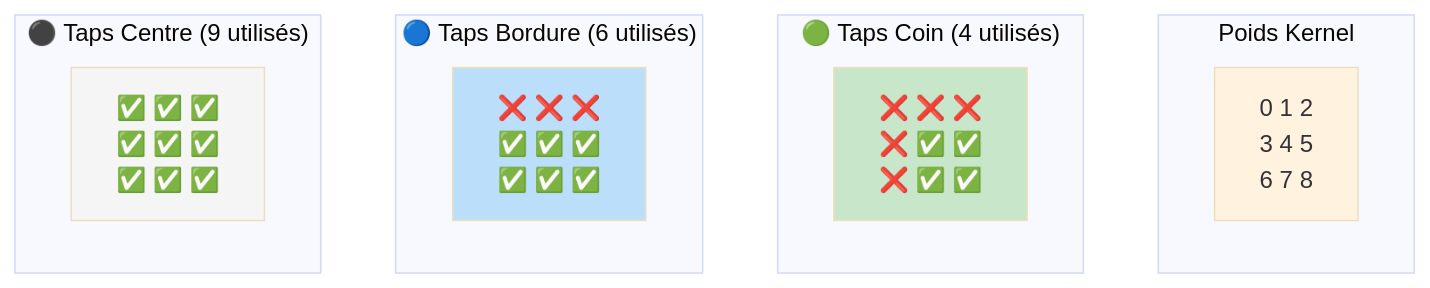
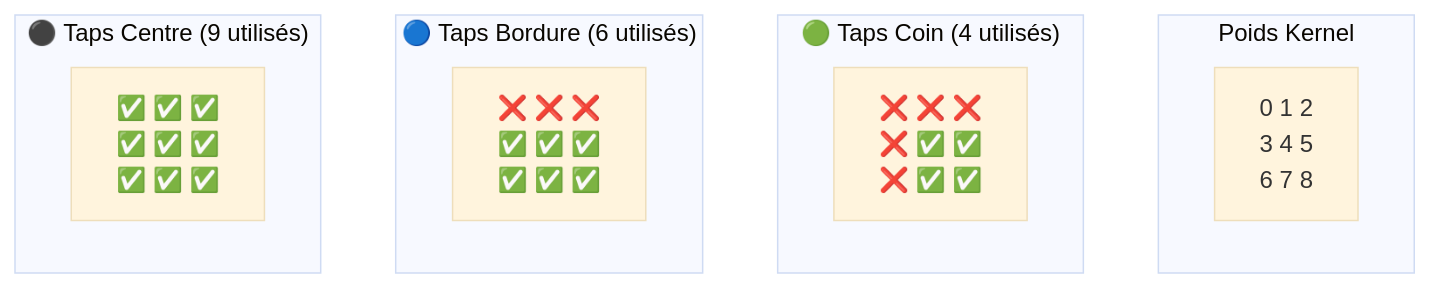
Before and after one commit to jalcim/logilib: the eighth of 14 diagrams in src/tensor/README_FR.md, drawn with Mermaid (base theme). The commit also changed other lines of this file and 1 other file, not shown here.

````diff
--- a/src/tensor/README_FR.md
+++ b/src/tensor/README_FR.md
@@ -156,23 +136,19 @@
 ```mermaid
 graph TD
     subgraph "Poids Kernel"
         K[0 1 2<br/>3 4 5<br/>6 7 8]
     end
 
     subgraph "🟢 Taps Coin (4 utilisés)"
         C[❌ ❌ ❌<br/>❌ ✅ ✅<br/>❌ ✅ ✅]
     end
 
     subgraph "🔵 Taps Bordure (6 utilisés)"
         B[❌ ❌ ❌<br/>✅ ✅ ✅<br/>✅ ✅ ✅]
     end
 
     subgraph "⚫ Taps Centre (9 utilisés)"
         A[✅ ✅ ✅<br/>✅ ✅ ✅<br/>✅ ✅ ✅]
     end
 
-    style K fill:#fff3e0
-    style C fill:#c8e6c9
-    style B fill:#bbdefb
-    style A fill:#f5f5f5
 ```
````
